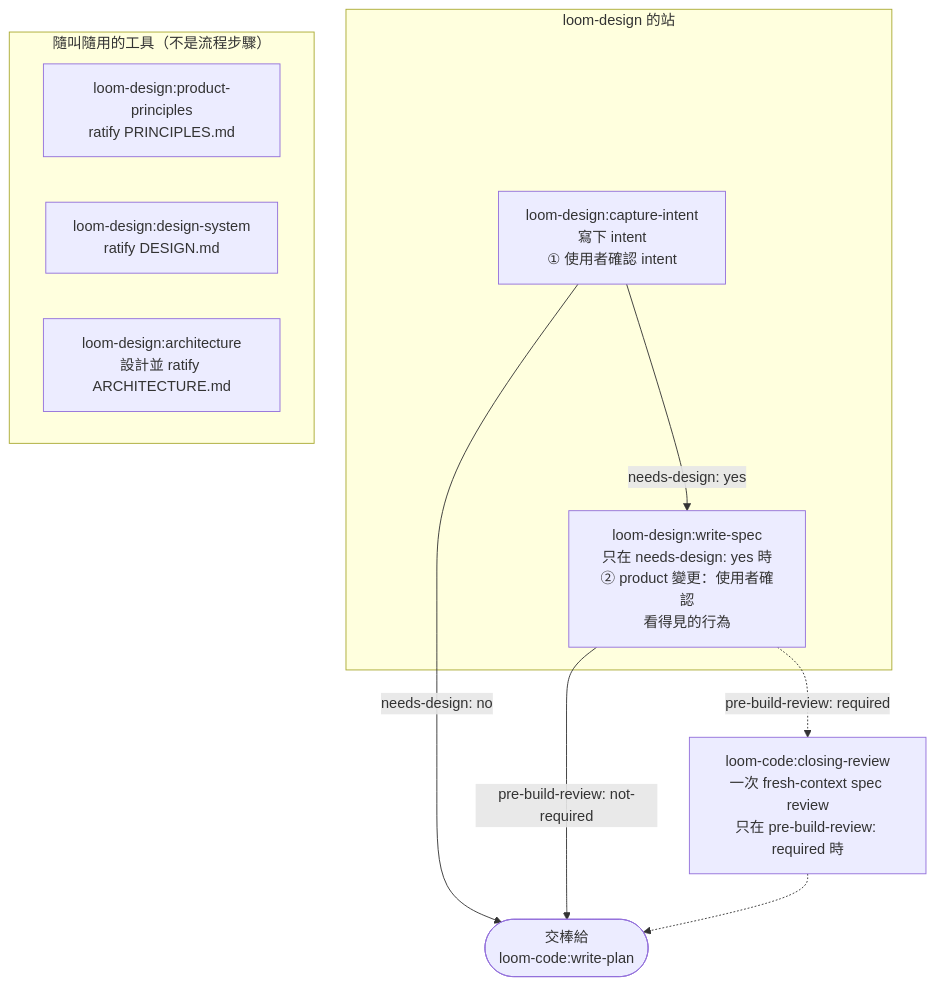
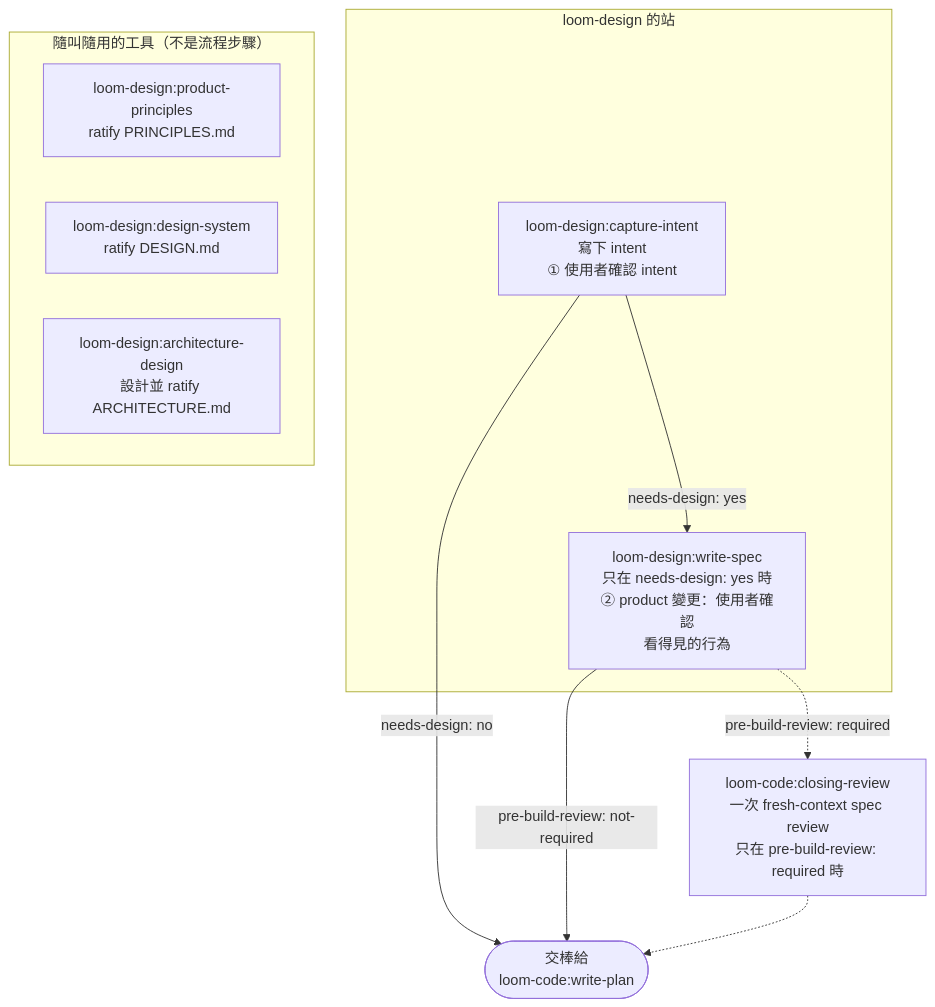
The diagram in loom-design/README.zh-TW.md (kouko/loom-plugins), drawn with Mermaid before and after one commit. The commit also changed other lines of this file and 36 other files, not shown here.

First line of the commit message:
feat(loom-design): rename architecture skill to architecture-design (#57)

````diff
--- a/loom-design/README.zh-TW.md
+++ b/loom-design/README.zh-TW.md
@@ -17,22 +17,22 @@
 ```mermaid
 flowchart TD
     subgraph stations["loom-design 的站"]
         intent["loom-design:capture-intent<br/>寫下 intent<br/>① 使用者確認 intent"]
         spec["loom-design:write-spec<br/>只在 needs-design: yes 時<br/>② product 變更：使用者確認<br/>看得見的行為"]
     end
 
     specreview["loom-code:closing-review<br/>一次 fresh-context spec review<br/>只在 pre-build-review: required 時"]
     plan(["交棒給<br/>loom-code:write-plan"])
 
     subgraph tools["隨叫隨用的工具（不是流程步驟）"]
         principles["loom-design:product-principles<br/>ratify PRINCIPLES.md"]
         designsys["loom-design:design-system<br/>ratify DESIGN.md"]
-        arch["loom-design:architecture<br/>設計並 ratify ARCHITECTURE.md"]
+        arch["loom-design:architecture-design<br/>設計並 ratify ARCHITECTURE.md"]
     end
 
     intent -->|"needs-design: yes"| spec
     intent -->|"needs-design: no"| plan
     spec -->|"pre-build-review: not-required"| plan
     spec -.->|"pre-build-review: required"| specreview
     specreview -.-> plan
 ```
````
